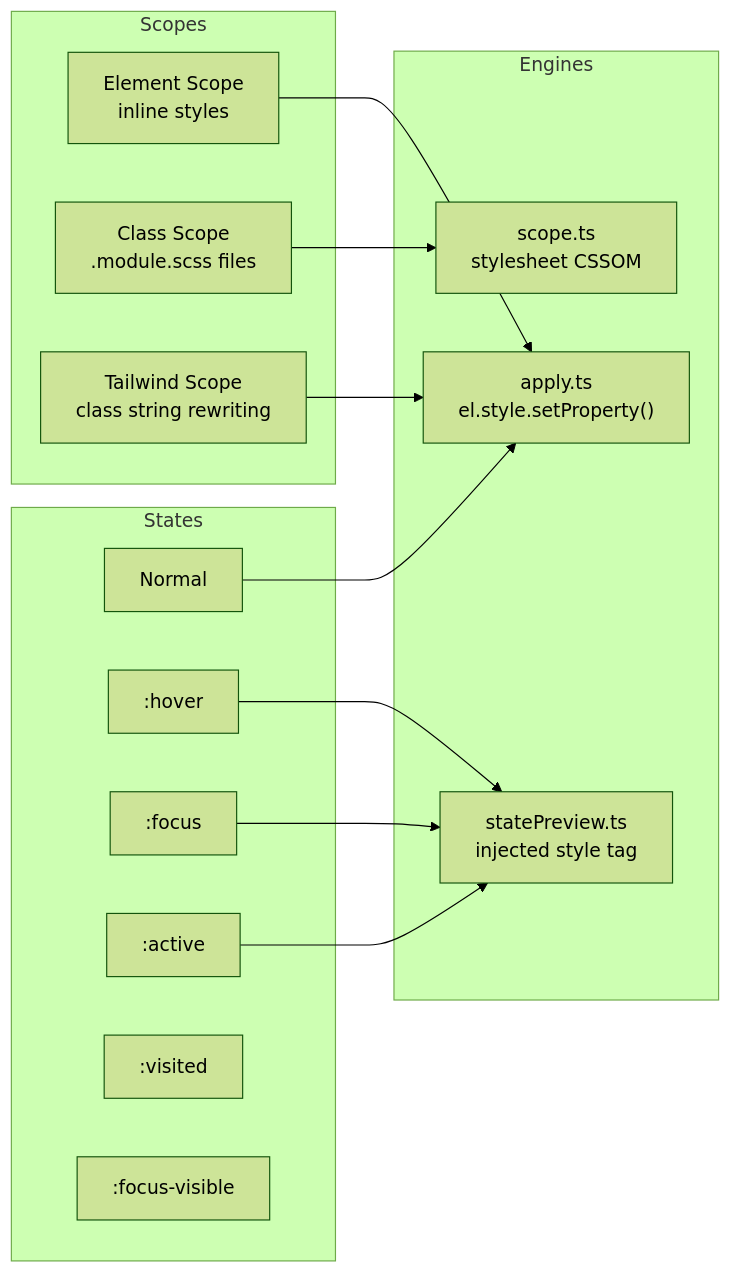
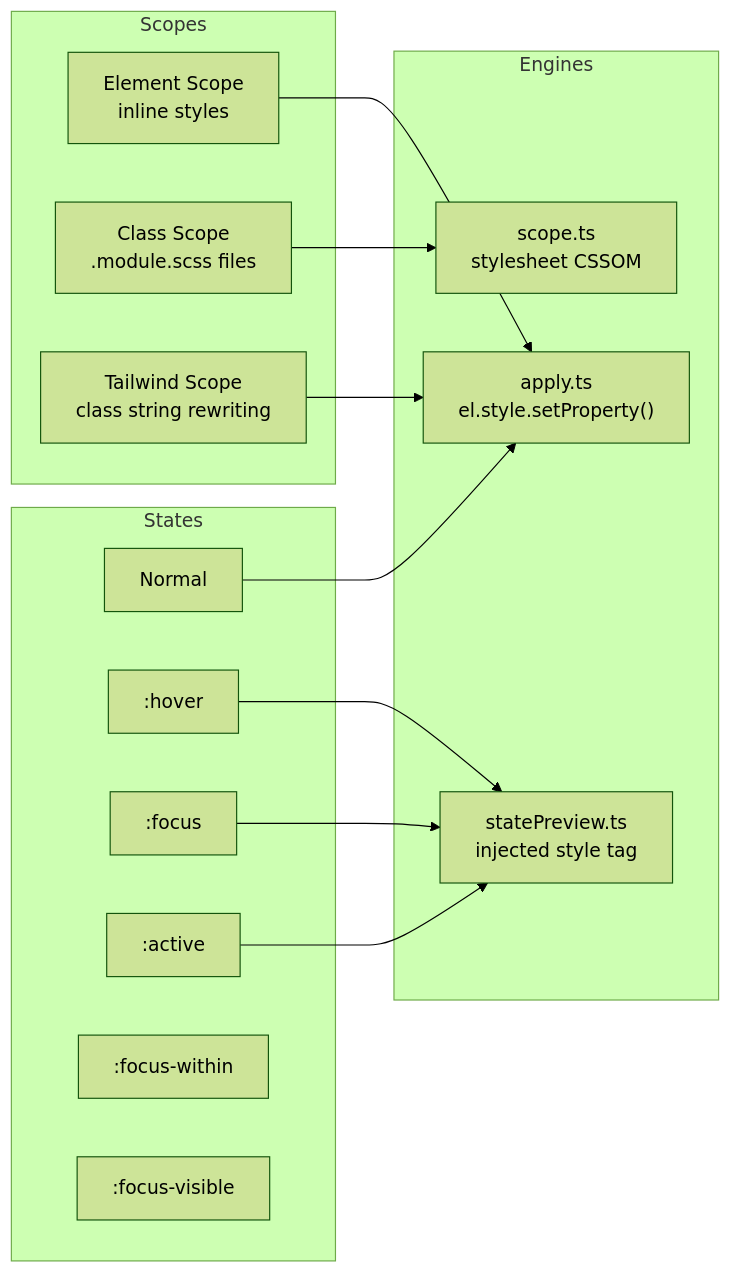
The eighth of 10 diagrams in ARCHITECTURE.md (SkylarKitchen/redial), drawn with Mermaid (forest theme) before and after one commit. The commit also changed other lines of this file and 193 other files, not shown here.

````diff
--- a/ARCHITECTURE.md
+++ b/ARCHITECTURE.md
@@ -302,32 +302,32 @@
 ```mermaid
 graph LR
     subgraph Scopes
         Element["Element Scope<br/>inline styles"]
         Class["Class Scope<br/>.module.scss files"]
         Tailwind["Tailwind Scope<br/>class string rewriting"]
     end
 
     subgraph States
         None["Normal"]
         Hover[":hover"]
         Focus[":focus"]
         Active[":active"]
-        Visited[":visited"]
+        FocusWithin[":focus-within"]
         FocusVis[":focus-visible"]
     end
 
     subgraph Engines
         InlineEng["apply.ts<br/>el.style.setProperty()"]
         StateEng["statePreview.ts<br/>injected style tag"]
         ClassEng["scope.ts<br/>stylesheet CSSOM"]
     end
 
     Element --> InlineEng
     Class --> ClassEng
     Tailwind --> InlineEng
 
     None --> InlineEng
     Hover --> StateEng
     Focus --> StateEng
     Active --> StateEng
 ```
````
